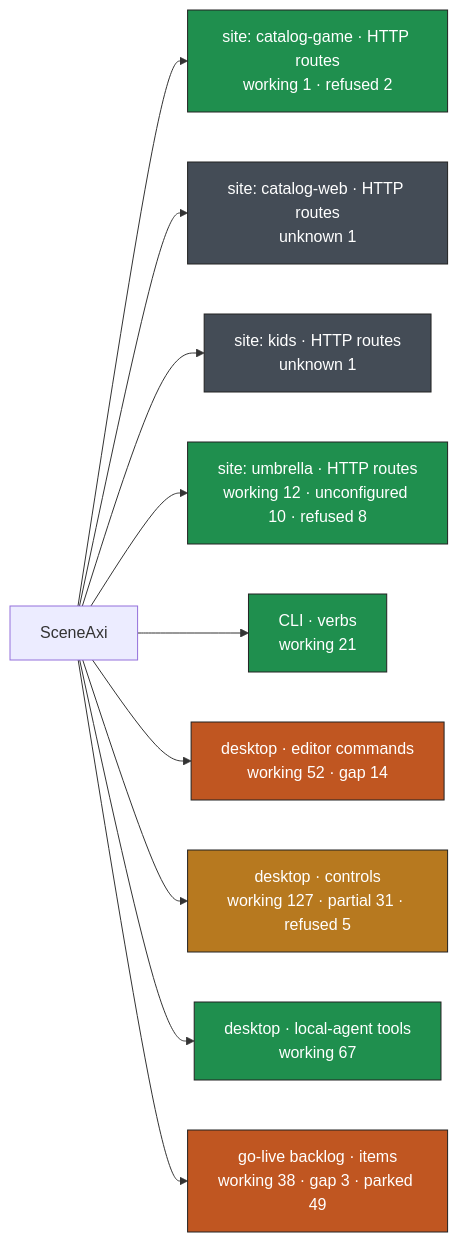
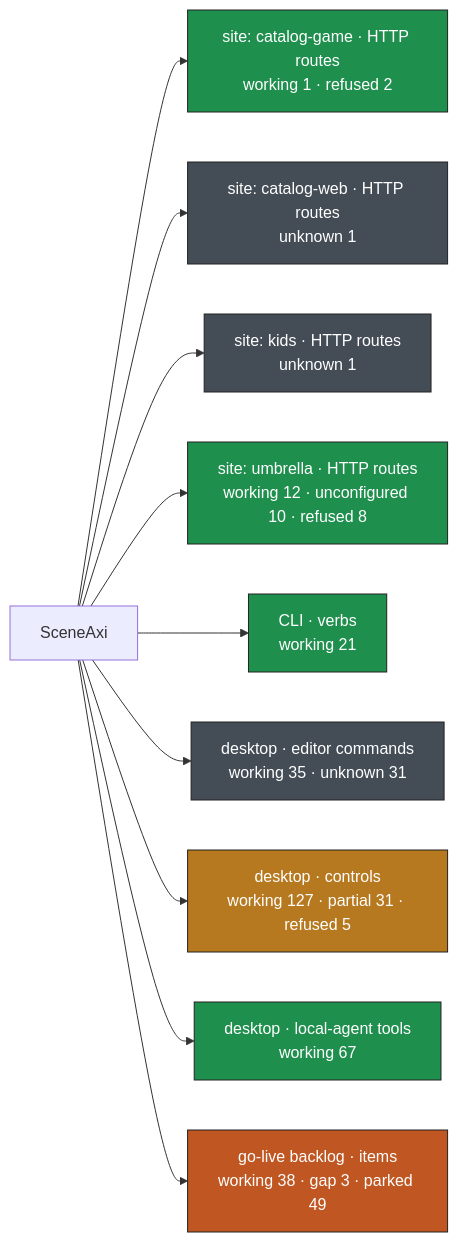
One commit to Vhailors/sceneaxi changed the diagram in docs/audits/surface-map.md. Above: the diagram before and after it, drawn with Mermaid. The commit also changed other lines of this file and 9 other files, not shown here.

````diff
--- a/docs/audits/surface-map.md
+++ b/docs/audits/surface-map.md
@@ -9,30 +9,30 @@
 ```mermaid
 flowchart LR
   SA["SceneAxi"]
   SA --> site__catalog_game_HTTP_routes["site: catalog-game · HTTP routes<br/>working 1 · refused 2"]
   class site__catalog_game_HTTP_routes working
   SA --> site__catalog_web_HTTP_routes["site: catalog-web · HTTP routes<br/>unknown 1"]
   class site__catalog_web_HTTP_routes unknown
   SA --> site__kids_HTTP_routes["site: kids · HTTP routes<br/>unknown 1"]
   class site__kids_HTTP_routes unknown
   SA --> site__umbrella_HTTP_routes["site: umbrella · HTTP routes<br/>working 12 · unconfigured 10 · refused 8"]
   class site__umbrella_HTTP_routes working
   SA --> CLI_verbs["CLI · verbs<br/>working 21"]
   class CLI_verbs working
-  SA --> desktop_editor_commands["desktop · editor commands<br/>working 52 · gap 14"]
-  class desktop_editor_commands gap
+  SA --> desktop_editor_commands["desktop · editor commands<br/>working 35 · unknown 31"]
+  class desktop_editor_commands unknown
   SA --> desktop_controls["desktop · controls<br/>working 127 · partial 31 · refused 5"]
   class desktop_controls partial
   SA --> desktop_local_agent_tools["desktop · local-agent tools<br/>working 67"]
   class desktop_local_agent_tools working
   SA --> go_live_backlog_items["go-live backlog · items<br/>working 38 · gap 3 · parked 49"]
   class go_live_backlog_items gap
   classDef working fill:#1f8f4e,color:#fff,stroke:#222
   classDef partial fill:#b7791f,color:#fff,stroke:#222
   classDef unconfigured fill:#5a6b85,color:#fff,stroke:#222
   classDef refused fill:#6b5aa6,color:#fff,stroke:#222
   classDef gap fill:#c05621,color:#fff,stroke:#222
   classDef parked fill:#8a8f98,color:#fff,stroke:#222
   classDef unknown fill:#444c56,color:#fff,stroke:#222
   classDef broken fill:#c53030,color:#fff,stroke:#222
 ```
````
